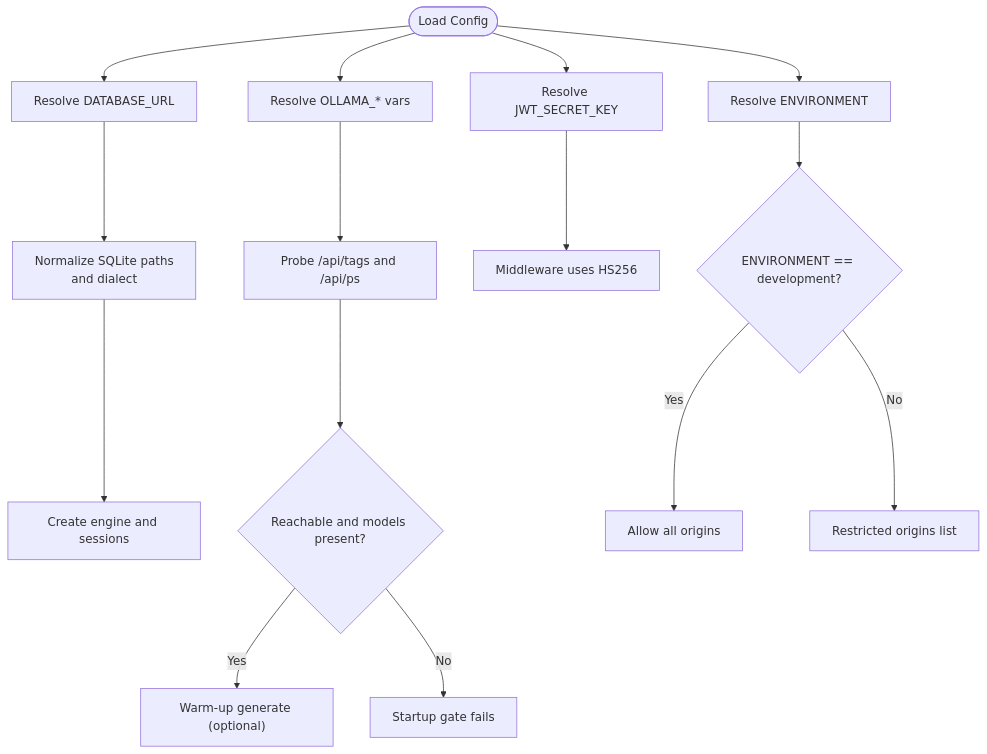
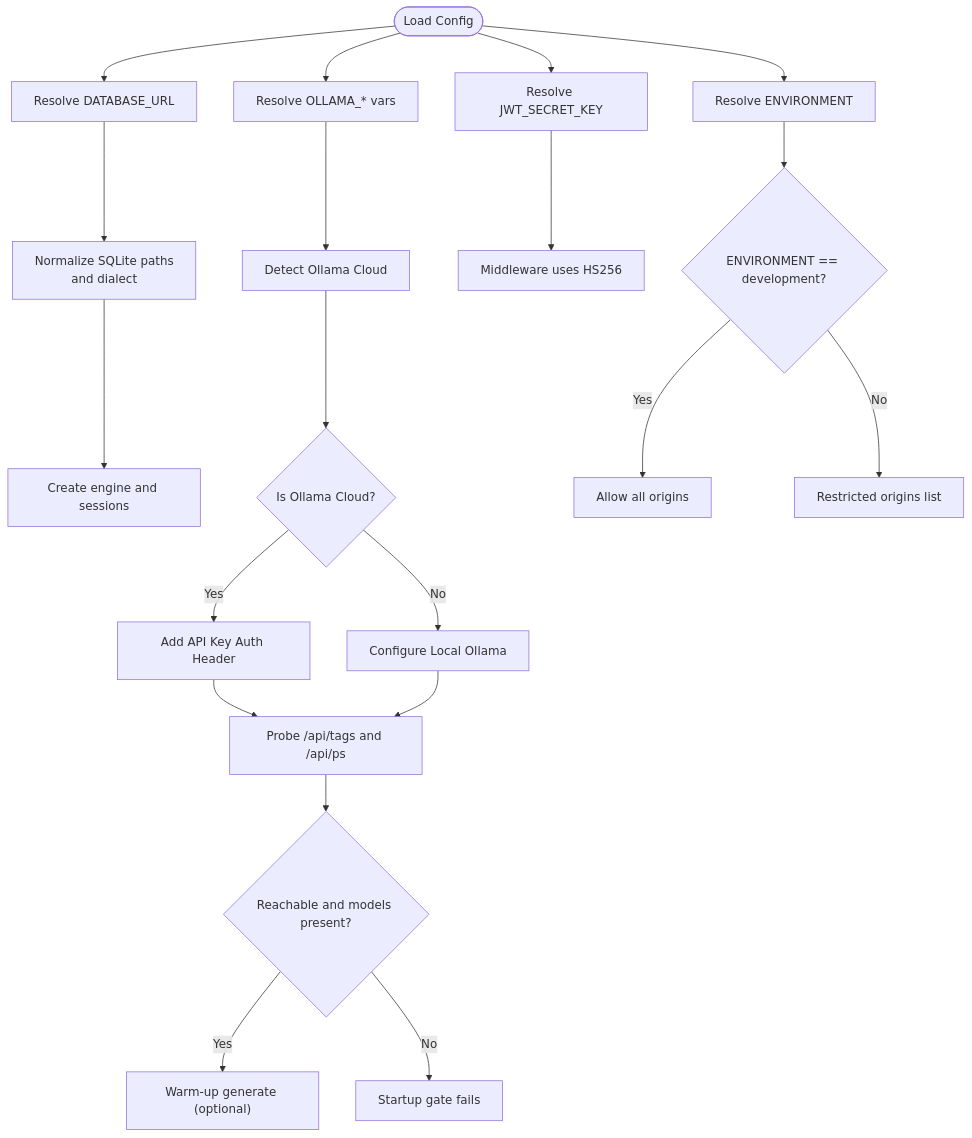
One commit to Revanththetalogics/aireume changed the third of 4 diagrams in .qoder/repowiki/en/content/Configuration Management.md. Above: the diagram before and after it, drawn with Mermaid. The commit also changed other lines of this file and 11 other files, not shown here.

````diff
--- a/.qoder/repowiki/en/content/Configuration Management.md
+++ b/.qoder/repowiki/en/content/Configuration Management.md
@@ -303,17 +339,22 @@
 ```mermaid
 flowchart TD
 Start(["Load Config"]) --> DBURL["Resolve DATABASE_URL"]
 DBURL --> Normalize["Normalize SQLite paths<br/>and dialect"]
 Normalize --> DBConnect["Create engine and sessions"]
 Start --> OllamaEnv["Resolve OLLAMA_* vars"]
-OllamaEnv --> Probe["Probe /api/tags and /api/ps"]
+OllamaEnv --> CloudDetect["Detect Ollama Cloud"]
+CloudDetect --> IsCloud{"Is Ollama Cloud?"}
+IsCloud --> |Yes| CloudAuth["Add API Key Auth Header"]
+IsCloud --> |No| LocalSetup["Configure Local Ollama"]
+CloudAuth --> Probe["Probe /api/tags and /api/ps"]
+LocalSetup --> Probe
 Probe --> Ready{"Reachable and models present?"}
 Ready --> |Yes| Warm["Warm-up generate (optional)"]
 Ready --> |No| GateFail["Startup gate fails"]
 Start --> JWT["Resolve JWT_SECRET_KEY"]
 JWT --> AuthOK["Middleware uses HS256"]
 Start --> CORS["Resolve ENVIRONMENT"]
 CORS --> Origins{"ENVIRONMENT == development?"}
 Origins --> |Yes| AllowAll["Allow all origins"]
 Origins --> |No| AllowList["Restricted origins list"]
 ```
````
